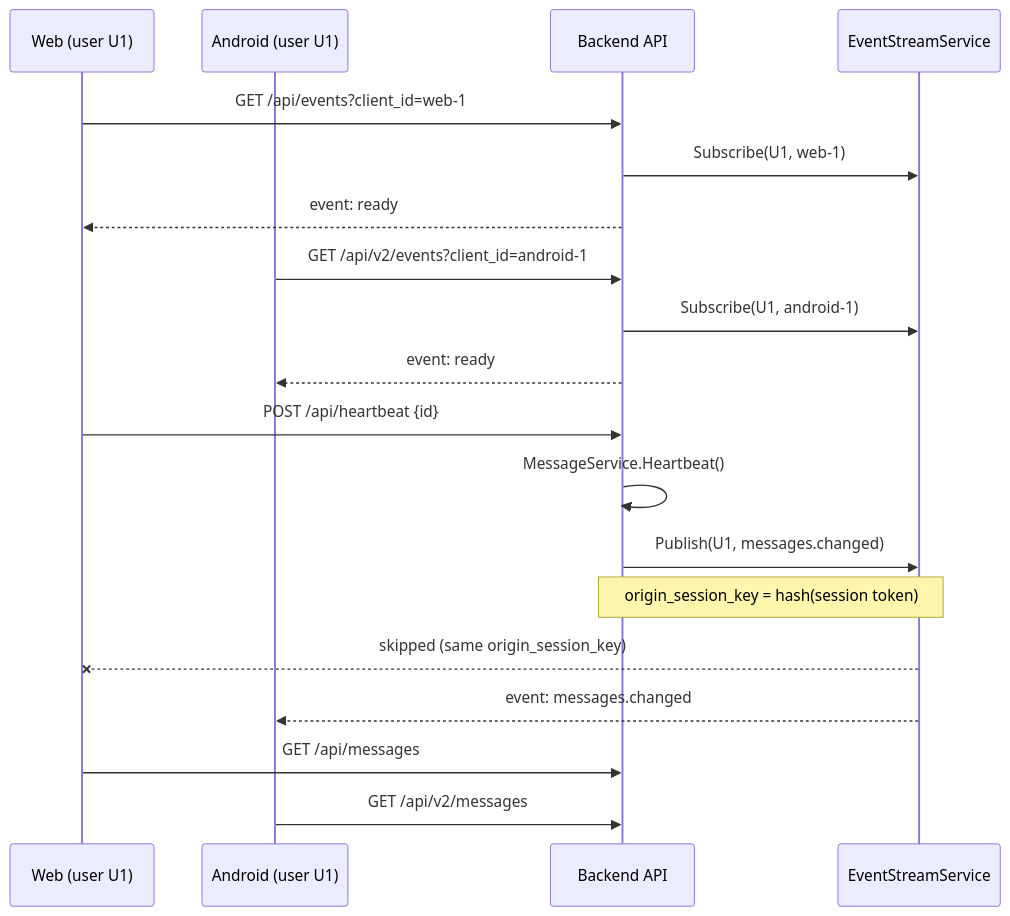
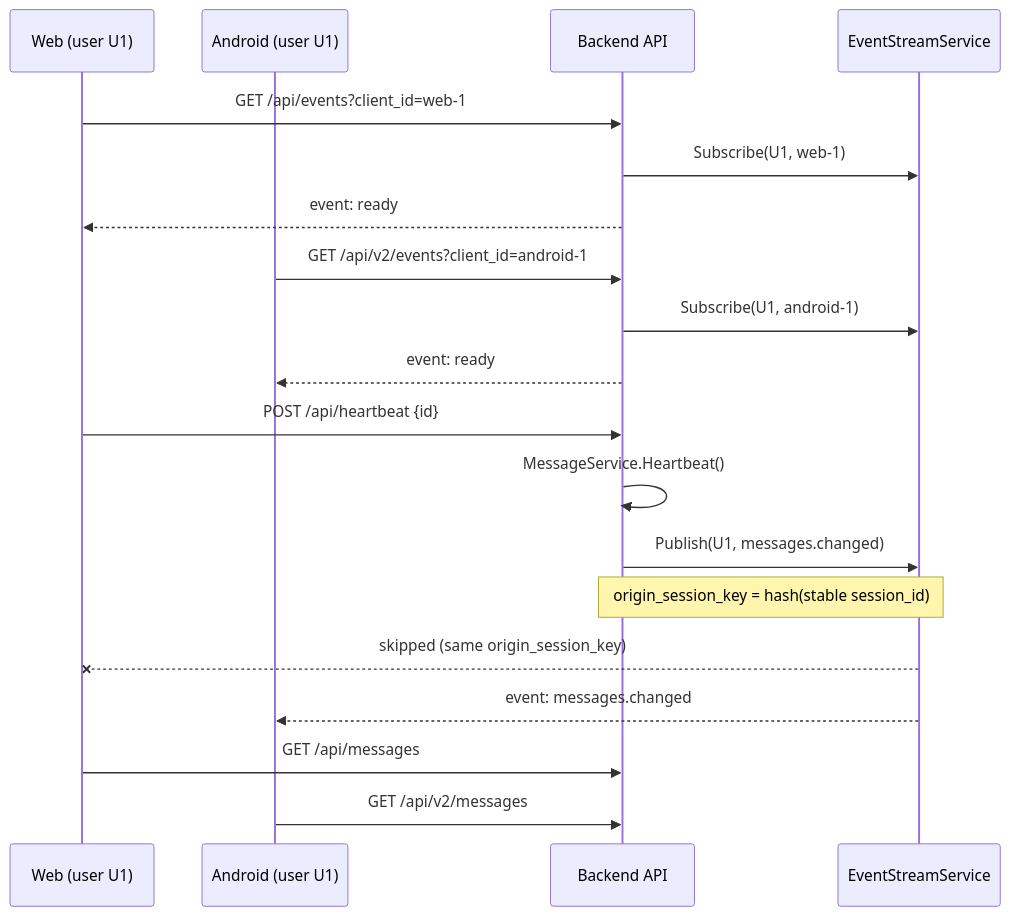
One commit to alpyxn/aeterna changed the second of 2 diagrams in backend/docs/realtime-events.md. Above: the diagram before and after it, drawn with Mermaid. The commit also changed other lines of this file, not shown here.

Commit message:
docs:  realtime events docs after session-key refresh change

````diff
--- a/backend/docs/realtime-events.md
+++ b/backend/docs/realtime-events.md
@@ -61,24 +61,24 @@
 ```mermaid
 sequenceDiagram
   participant W as Web (user U1)
   participant A as Android (user U1)
   participant API as Backend API
   participant HUB as EventStreamService
 
   W->>API: GET /api/events?client_id=web-1
   API->>HUB: Subscribe(U1, web-1)
   API-->>W: event: ready
 
   A->>API: GET /api/v2/events?client_id=android-1
   API->>HUB: Subscribe(U1, android-1)
   API-->>A: event: ready
 
   W->>API: POST /api/heartbeat {id}
   API->>API: MessageService.Heartbeat()
   API->>HUB: Publish(U1, messages.changed)
-  Note over API,HUB: origin_session_key = hash(session token)
+  Note over API,HUB: origin_session_key = hash(stable session_id)
   HUB--xW: skipped (same origin_session_key)
   HUB-->>A: event: messages.changed
   W->>API: GET /api/messages
   A->>API: GET /api/v2/messages
 ```
````
